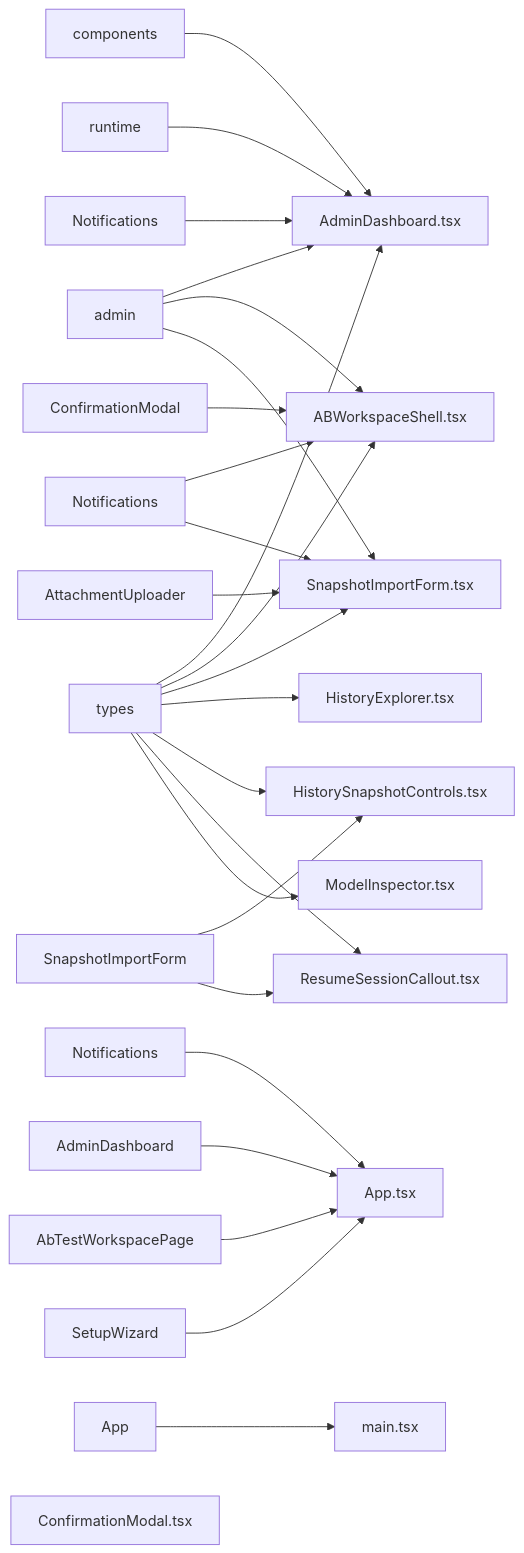
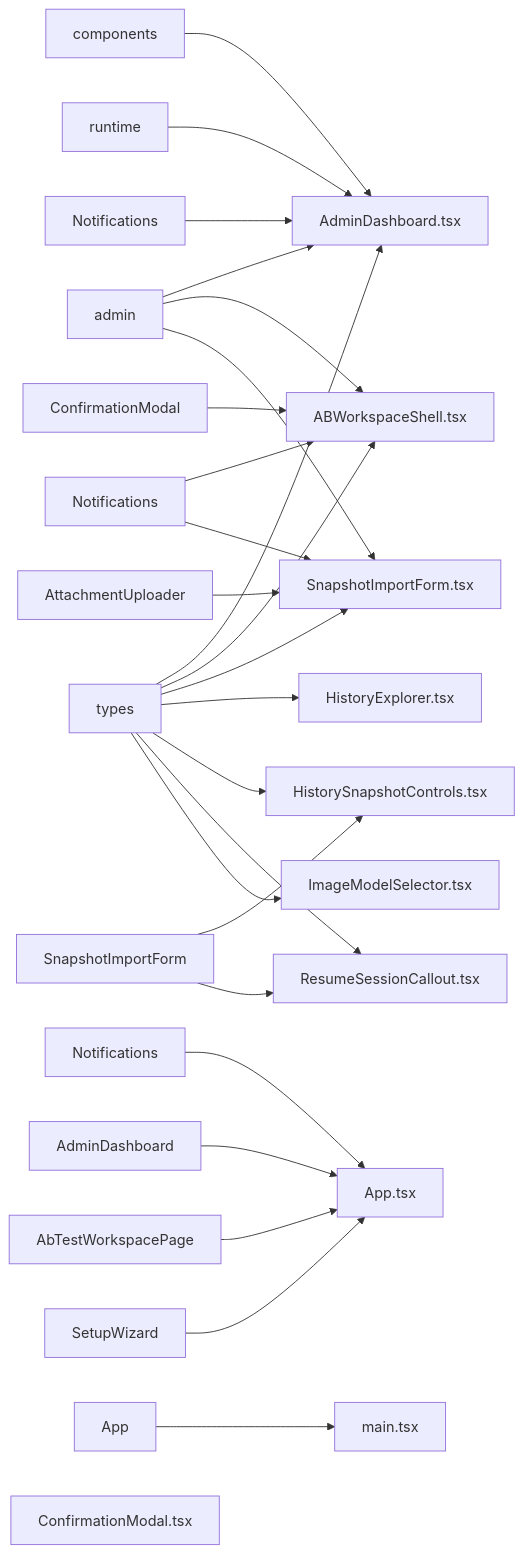
One commit to gerkensm/vaporvibe changed the fourth of 4 diagrams in docs/CODEBASE_MAP.md. Above: the diagram before and after it, drawn with Mermaid. The commit also changed other lines of this file and 7 other files, not shown here.

````diff
--- a/docs/CODEBASE_MAP.md
+++ b/docs/CODEBASE_MAP.md
@@ -782,37 +782,37 @@
 ```mermaid
 graph LR
   pages_AdminDashboard_tsx["AdminDashboard.tsx"]
   ___components["components"] --> pages_AdminDashboard_tsx
   ___api_admin["admin"] --> pages_AdminDashboard_tsx
   ___constants_runtime["runtime"] --> pages_AdminDashboard_tsx
   ___components_Notifications["Notifications"] --> pages_AdminDashboard_tsx
   ___api_types["types"] --> pages_AdminDashboard_tsx
   App_tsx["App.tsx"]
   __components_Notifications["Notifications"] --> App_tsx
   __pages_AdminDashboard["AdminDashboard"] --> App_tsx
   __pages_AbTestWorkspacePage["AbTestWorkspacePage"] --> App_tsx
   __pages_SetupWizard["SetupWizard"] --> App_tsx
   components_ABWorkspaceShell_tsx["ABWorkspaceShell.tsx"]
   ___api_admin["admin"] --> components_ABWorkspaceShell_tsx
   __Notifications["Notifications"] --> components_ABWorkspaceShell_tsx
   ___api_types["types"] --> components_ABWorkspaceShell_tsx
   __ConfirmationModal["ConfirmationModal"] --> components_ABWorkspaceShell_tsx
   components_SnapshotImportForm_tsx["SnapshotImportForm.tsx"]
   ___api_admin["admin"] --> components_SnapshotImportForm_tsx
   __AttachmentUploader["AttachmentUploader"] --> components_SnapshotImportForm_tsx
   __Notifications["Notifications"] --> components_SnapshotImportForm_tsx
   ___api_types["types"] --> components_SnapshotImportForm_tsx
   components_HistoryExplorer_tsx["HistoryExplorer.tsx"]
   ___api_types["types"] --> components_HistoryExplorer_tsx
   components_HistorySnapshotControls_tsx["HistorySnapshotControls.tsx"]
   ___api_types["types"] --> components_HistorySnapshotControls_tsx
   __SnapshotImportForm["SnapshotImportForm"] --> components_HistorySnapshotControls_tsx
   components_ResumeSessionCallout_tsx["ResumeSessionCallout.tsx"]
   ___api_types["types"] --> components_ResumeSessionCallout_tsx
   __SnapshotImportForm["SnapshotImportForm"] --> components_ResumeSessionCallout_tsx
   main_tsx["main.tsx"]
   __App["App"] --> main_tsx
   components_ConfirmationModal_tsx["ConfirmationModal.tsx"]
-  components_ModelInspector_tsx["ModelInspector.tsx"]
-  ___api_types["types"] --> components_ModelInspector_tsx
+  components_ImageModelSelector_tsx["ImageModelSelector.tsx"]
+  ___api_types["types"] --> components_ImageModelSelector_tsx
 ```
````
